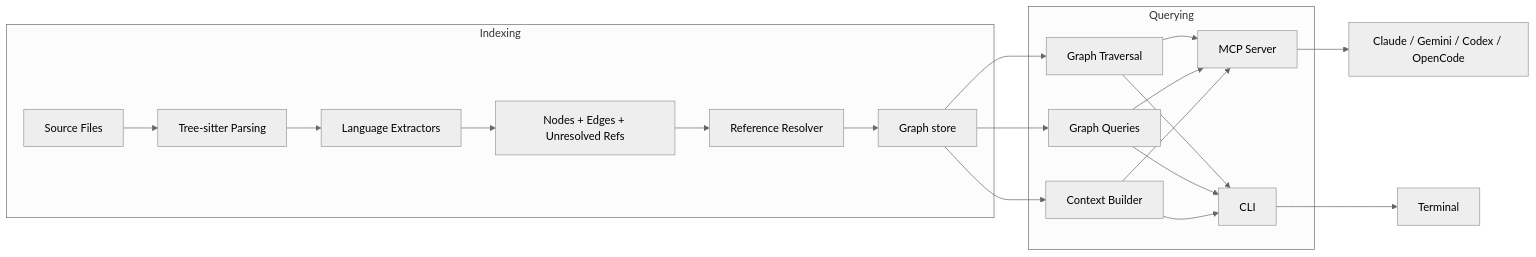
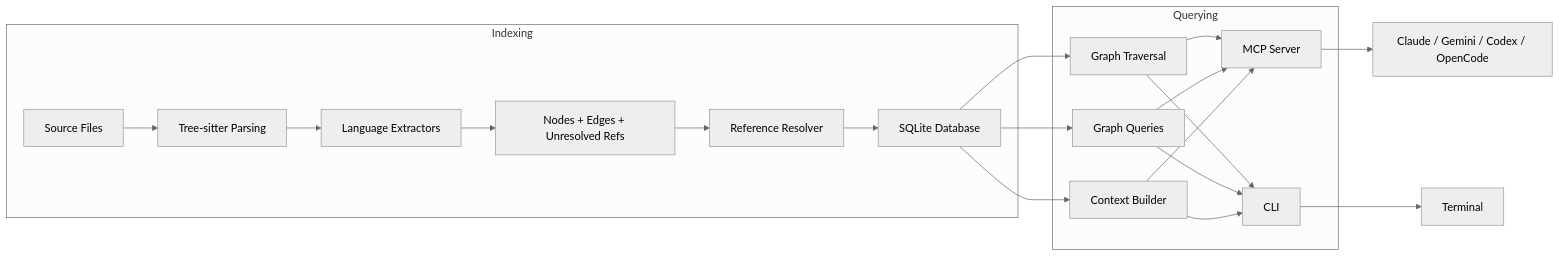
The first of 2 diagrams in docs/DESIGN-DOC.md (ScriptedAlchemy/tracedecay), drawn with Mermaid (neutral theme) before and after one commit. The commit also changed other lines of this file and 5159 other files, not shown here.

````diff
--- a/docs/DESIGN-DOC.md
+++ b/docs/DESIGN-DOC.md
@@ -16,25 +14,25 @@
 ```mermaid
 graph LR
     subgraph Indexing
         A[Source Files] --> B[Tree-sitter Parsing]
         B --> C[Language Extractors]
         C --> D[Nodes + Edges + Unresolved Refs]
         D --> E[Reference Resolver]
-        E --> F[Graph store]
+        E --> F[SQLite Database]
     end
 
     subgraph Querying
         F --> G[Graph Traversal]
         F --> H[Graph Queries]
         F --> I[Context Builder]
         G --> J[MCP Server]
         H --> J
         I --> J
         G --> K[CLI]
         H --> K
         I --> K
     end
 
     J --> L[Claude / Gemini / Codex / OpenCode]
     K --> M[Terminal]
 ```
````
